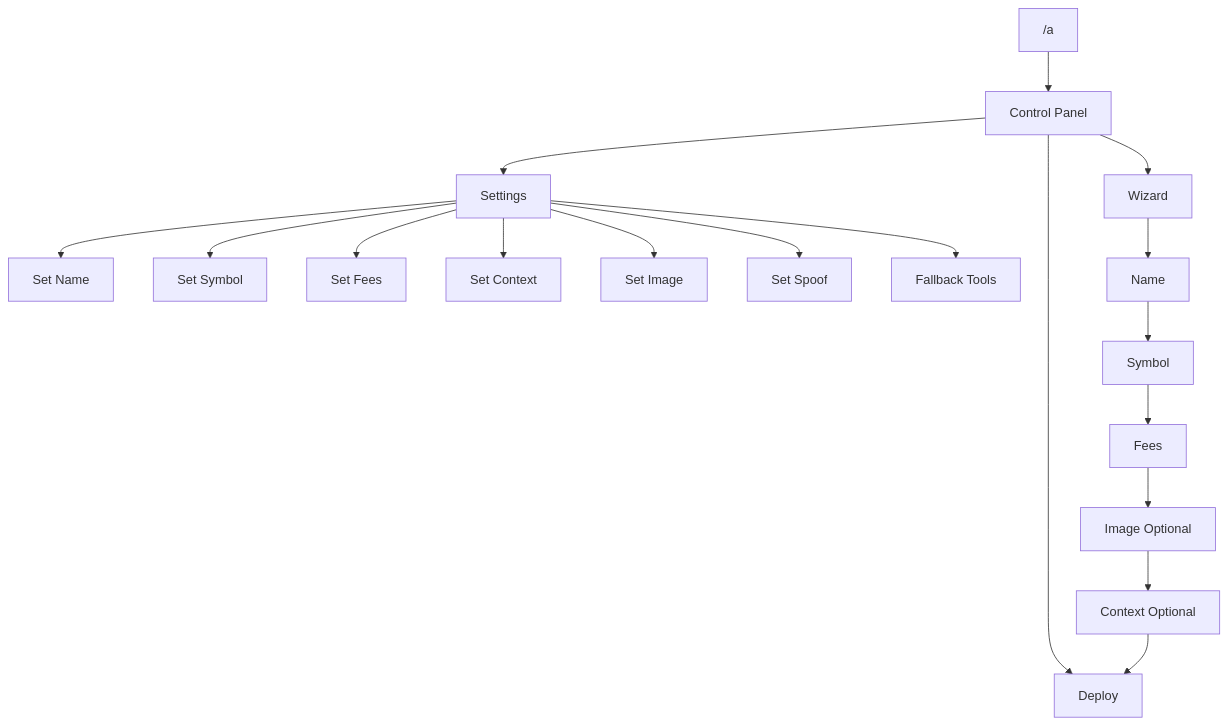
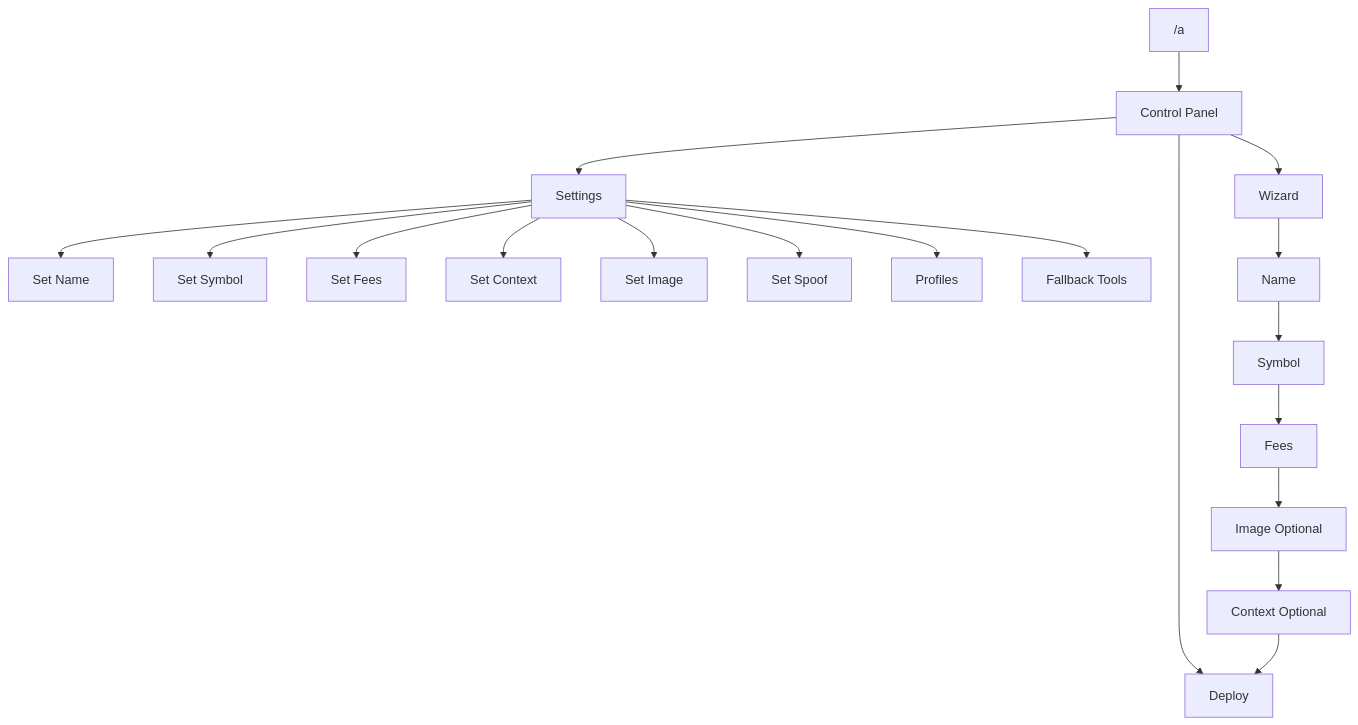
One commit to Timcuan/clank-and-claw changed the second of 2 diagrams in README.md. Above: the diagram before and after it, drawn with Mermaid. The commit also changed other lines of this file and 6 other files, not shown here.

````diff
--- a/README.md
+++ b/README.md
@@ -159,22 +173,23 @@
 ```mermaid
 flowchart TD
     A["/a"] --> B[Control Panel]
     B --> C[Settings]
     B --> D[Wizard]
     B --> E[Deploy]
 
     C --> C1[Set Name]
     C --> C2[Set Symbol]
     C --> C3[Set Fees]
     C --> C4[Set Context]
     C --> C5[Set Image]
     C --> C6[Set Spoof]
-    C --> C7[Fallback Tools]
+    C --> C7[Profiles]
+    C --> C8[Fallback Tools]
 
     D --> D1[Name]
     D1 --> D2[Symbol]
     D2 --> D3[Fees]
     D3 --> D4[Image Optional]
     D4 --> D5[Context Optional]
     D5 --> E
 ```
````
